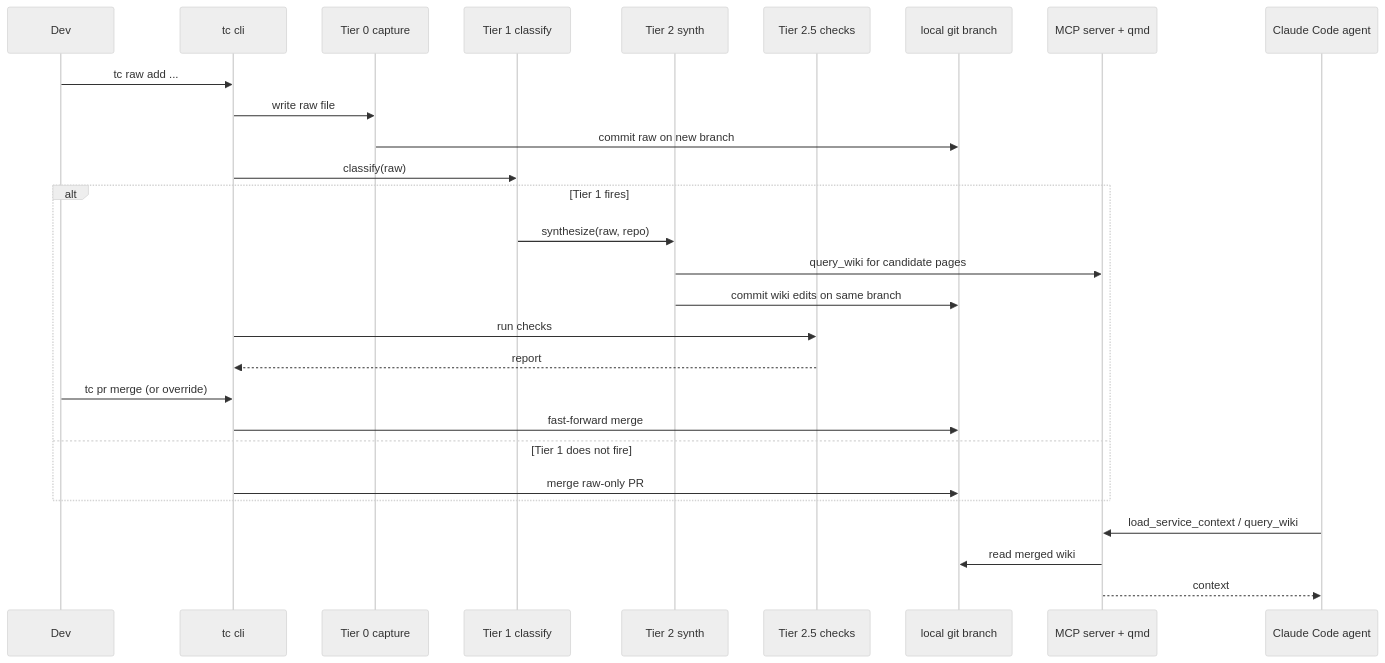
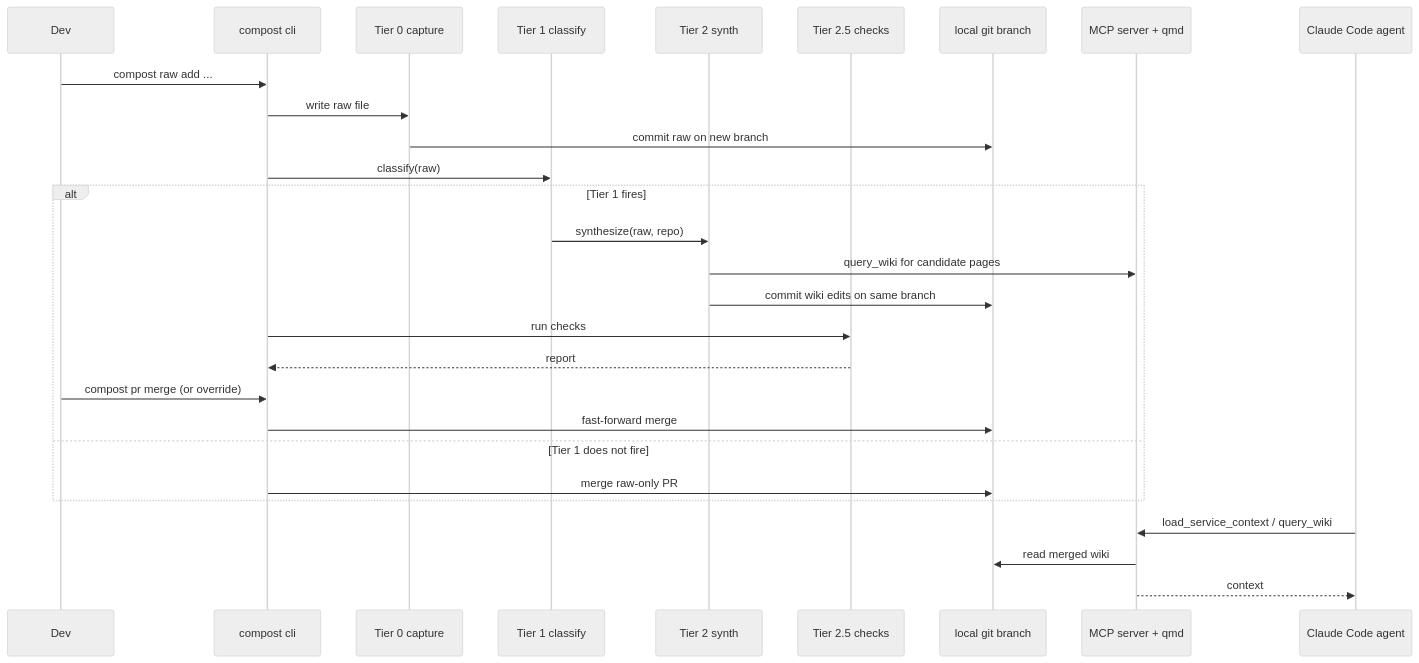
Before and after one commit to ecoffey/compost: the second of 3 diagrams in _plans/2026-04-23-2149-laptop-steel-thread-high-level.md, drawn with Mermaid (neutral theme). The commit also changed other lines of this file and 17 other files, not shown here.

````diff
--- a/_plans/2026-04-23-2149-laptop-steel-thread-high-level.md
+++ b/_plans/2026-04-23-2149-laptop-steel-thread-high-level.md
@@ -292,31 +292,31 @@
 ```mermaid
 sequenceDiagram
     participant Dev
-    participant CLI as tc cli
+    participant CLI as compost cli
     participant T0 as Tier 0 capture
     participant T1 as Tier 1 classify
     participant T2 as Tier 2 synth
     participant T25 as Tier 2.5 checks
     participant Git as local git branch
     participant MCP as MCP server + qmd
     participant Agent as Claude Code agent
 
-    Dev->>CLI: tc raw add ...
+    Dev->>CLI: compost raw add ...
     CLI->>T0: write raw file
     T0->>Git: commit raw on new branch
     CLI->>T1: classify(raw)
     alt Tier 1 fires
         T1->>T2: synthesize(raw, repo)
         T2->>MCP: query_wiki for candidate pages
         T2->>Git: commit wiki edits on same branch
         CLI->>T25: run checks
         T25-->>CLI: report
-        Dev->>CLI: tc pr merge (or override)
+        Dev->>CLI: compost pr merge (or override)
         CLI->>Git: fast-forward merge
     else Tier 1 does not fire
         CLI->>Git: merge raw-only PR
     end
     Agent->>MCP: load_service_context / query_wiki
     MCP->>Git: read merged wiki
     MCP-->>Agent: context
 ```
````
